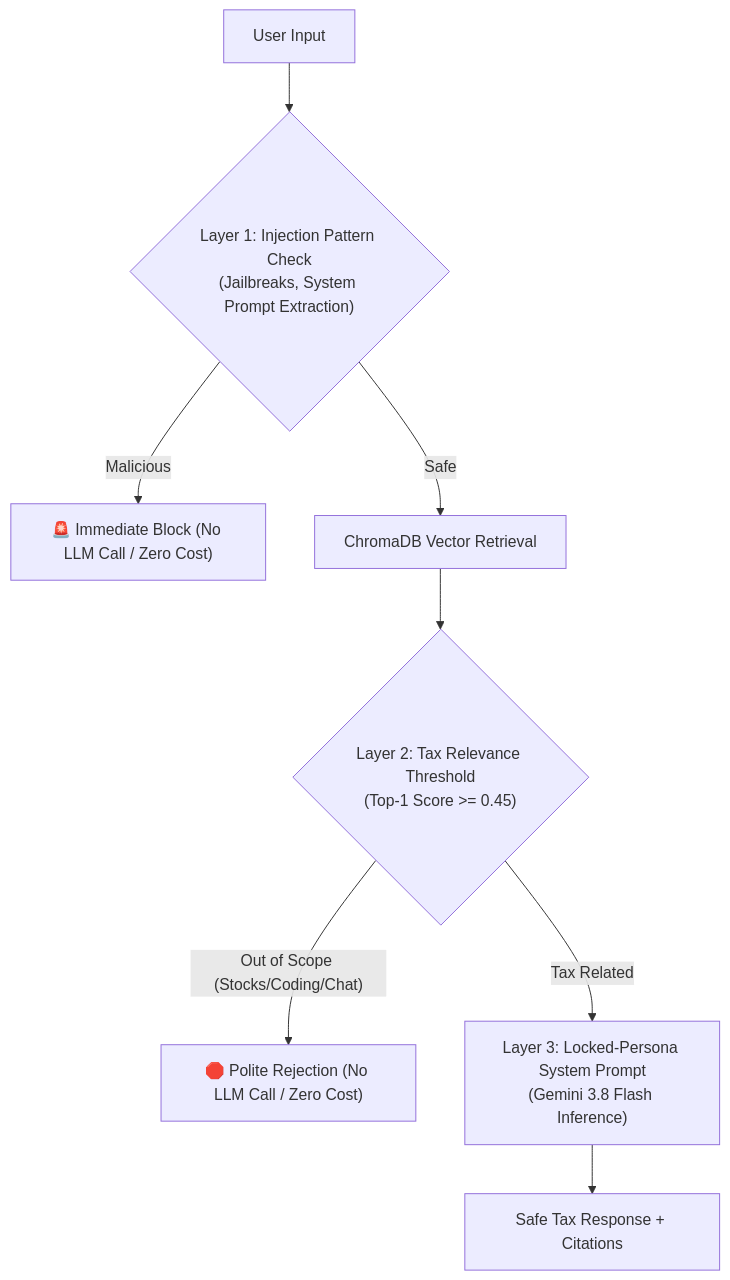
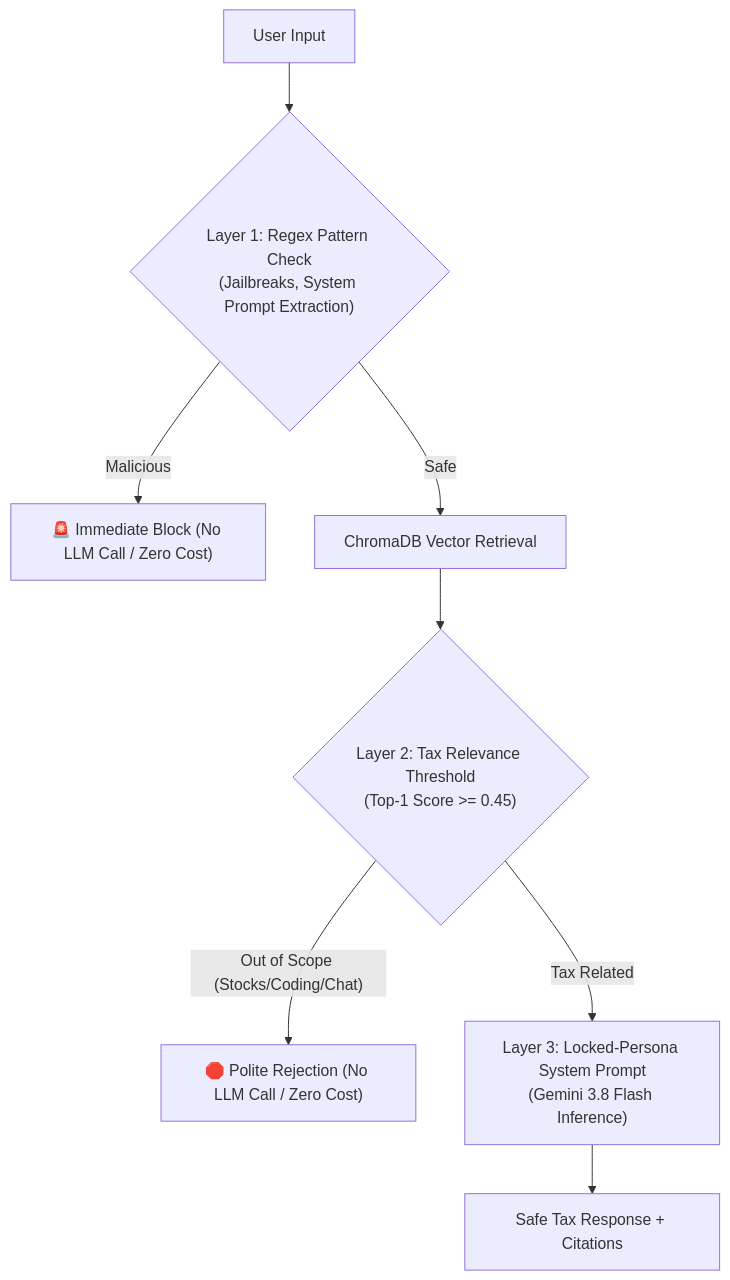
Before and after one commit to qooqookeke/rag_accounting_project: the second of 2 diagrams in README_EN.md, drawn with Mermaid. The commit also changed other lines of this file and 1 other file, not shown here.

````diff
--- a/README_EN.md
+++ b/README_EN.md
@@ -207,10 +207,10 @@
 ```mermaid
 flowchart TD
-    UserQ["User Input"] --> L1{"Layer 1: Injection Pattern Check\n(Jailbreaks, System Prompt Extraction)"}
+    UserQ["User Input"] --> L1{"Layer 1: Regex Pattern Check\n(Jailbreaks, System Prompt Extraction)"}
     L1 -- "Malicious" --> Block1["🚨 Immediate Block (No LLM Call / Zero Cost)"]
     L1 -- "Safe" --> Retriever["ChromaDB Vector Retrieval"]
     Retriever --> L2{"Layer 2: Tax Relevance Threshold\n(Top-1 Score >= 0.45)"}
     L2 -- "Out of Scope (Stocks/Coding/Chat)" --> Block2["🛑 Polite Rejection (No LLM Call / Zero Cost)"]
     L2 -- "Tax Related" --> L3["Layer 3: Locked-Persona System Prompt\n(Gemini 3.8 Flash Inference)"]
     L3 --> SafeAns["Safe Tax Response + Citations"]
 ```
````
